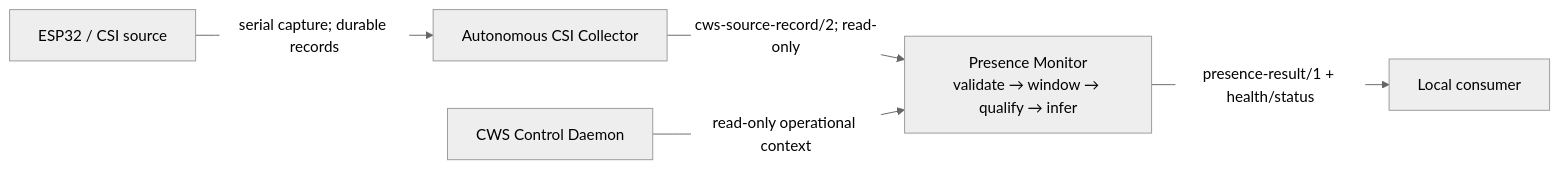
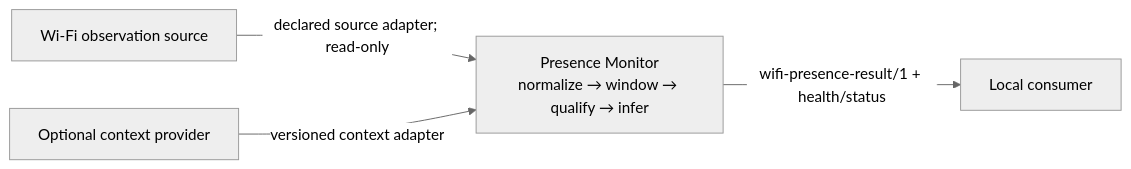
The diagram in docs/architecture.md (Sage-Cat/cooperative-wifi-presence-monitor), drawn with Mermaid (neutral theme) before and after one commit. The commit also changed other lines of this file and 7 other files, not shown here.

````diff
--- a/docs/architecture.md
+++ b/docs/architecture.md
@@ -11,7 +12,6 @@
 ```mermaid
 flowchart LR
-    sensor["ESP32 / CSI source"] -->|"serial capture; durable records"| collector["Autonomous CSI Collector"]
-    collector -->|"cws-source-record/2; read-only"| monitor["Presence Monitor<br/>validate → window → qualify → infer"]
-    cws["CWS Control Daemon"] -->|"read-only operational context"| monitor
-    monitor -->|"presence-result/1 + health/status"| consumer["Local consumer"]
+    source["Wi-Fi observation source"] -->|"declared source adapter; read-only"| monitor["Presence Monitor<br/>normalize → window → qualify → infer"]
+    context["Optional context provider"] -->|"versioned context adapter"| monitor
+    monitor -->|"wifi-presence-result/1 + health/status"| consumer["Local consumer"]
 ```
````
